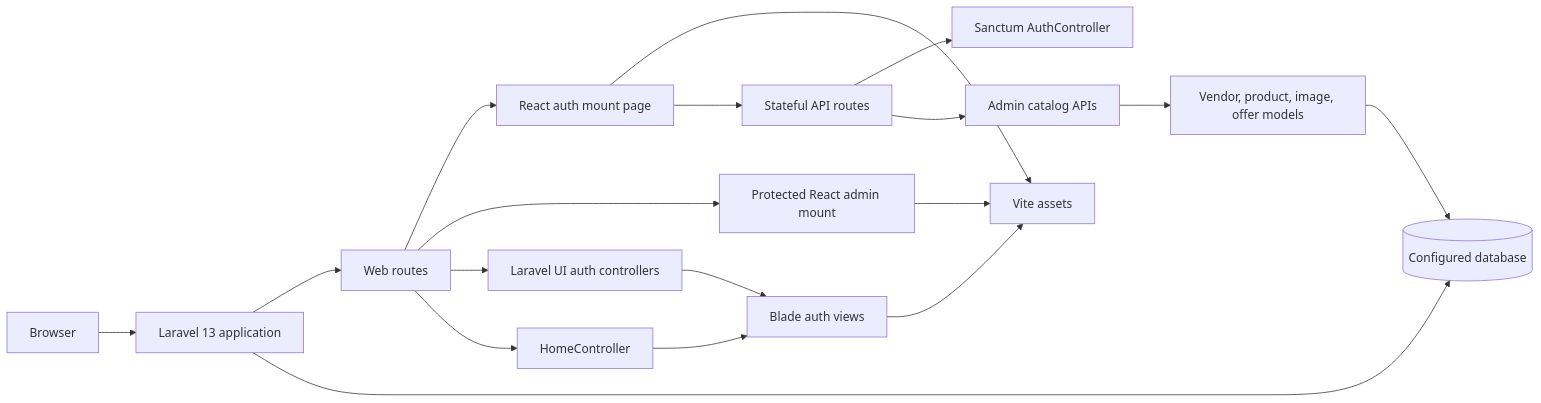
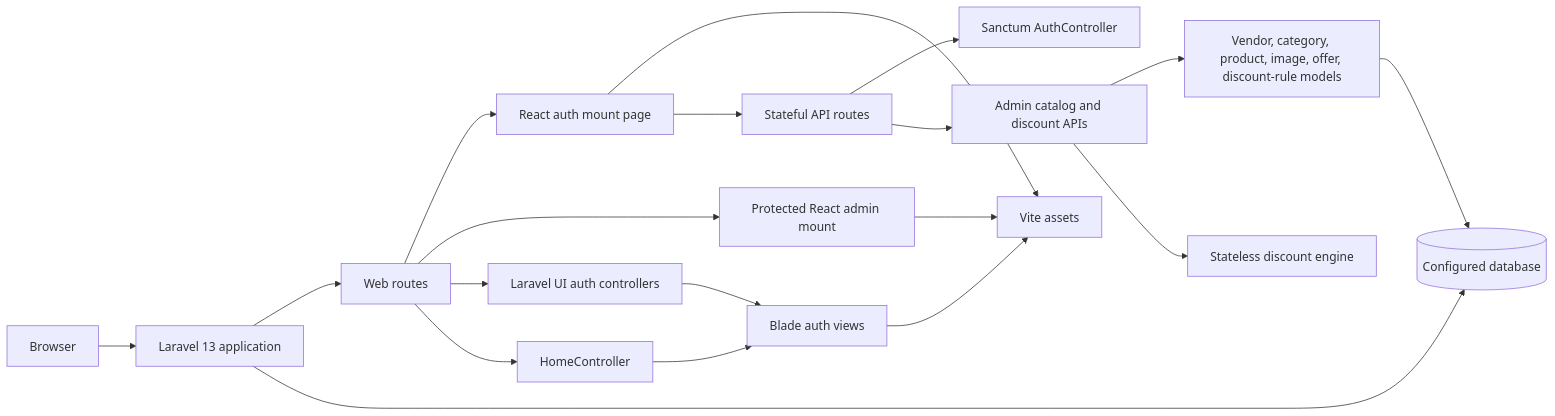
Before and after one commit to artgolwebdev/lara-multi-vendors-shop: the diagram in docs/architecture/overview.md, drawn with Mermaid. The commit also changed 66 other files, not shown here.

Commit message:
Implement admin categories and discount rules

````diff
--- a/docs/architecture/overview.md
+++ b/docs/architecture/overview.md
@@ -7,20 +7,21 @@
 ```mermaid
 flowchart LR
     Browser --> Laravel[Laravel 13 application]
     Laravel --> WebRoutes[Web routes]
     WebRoutes --> ReactPage[React auth mount page]
     WebRoutes --> AdminPage[Protected React admin mount]
     ReactPage --> Vite[Vite assets]
     AdminPage --> Vite
     ReactPage --> ApiRoutes[Stateful API routes]
     ApiRoutes --> ApiAuth[Sanctum AuthController]
-    ApiRoutes --> AdminApi[Admin catalog APIs]
-    AdminApi --> Catalog[Vendor, product, image, offer models]
+    ApiRoutes --> AdminApi[Admin catalog and discount APIs]
+    AdminApi --> Catalog[Vendor, category, product, image, offer, discount-rule models]
+    AdminApi --> Discounts[Stateless discount engine]
     Catalog --> DB
     WebRoutes --> Auth[Laravel UI auth controllers]
     WebRoutes --> Home[HomeController]
     Auth --> Views[Blade auth views]
     Home --> Views
     Views --> Vite
     Laravel --> DB[(Configured database)]
 ```
````
